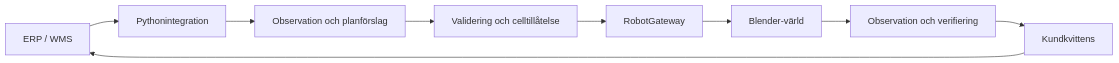
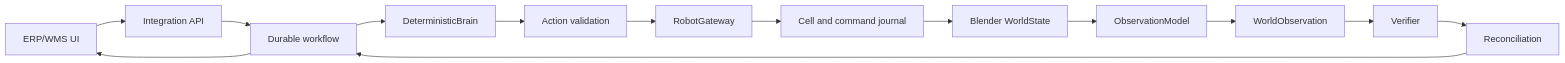
The diagram in README.md (raal1600/SICS-RobotOps-Twin-E2E-Warehouse-Robotics-Integration-Simulator), drawn with Mermaid before and after one commit. The commit also changed other lines of this file and 68 other files, not shown here.

````diff
--- a/README.md
+++ b/README.md
@@ -38,11 +83,16 @@
 ```mermaid
 flowchart LR
-    ERP[ERP / WMS] --> INT[Pythonintegration]
-    INT --> PLAN[Observation och planförslag]
-    PLAN --> VALID[Validering och celltillåtelse]
-    VALID --> ROBOT[RobotGateway]
-    ROBOT --> BLENDER[Blender-värld]
-    BLENDER --> VERIFY[Observation och verifiering]
-    VERIFY --> SYNC[Kundkvittens]
-    SYNC --> ERP
+    ERP[ERP/WMS UI] --> API[Integration API]
+    API --> WF[Durable workflow]
+    WF --> B[DeterministicBrain]
+    B --> V[Action validation]
+    V --> G[RobotGateway]
+    G --> C[Cell and command journal]
+    C --> W[Blender WorldState]
+    W --> O[ObservationModel]
+    O --> WO[WorldObservation]
+    WO --> VERIFY[Verifier]
+    VERIFY --> R[Reconciliation]
+    R --> WF
+    WF --> ERP
 ```
````
